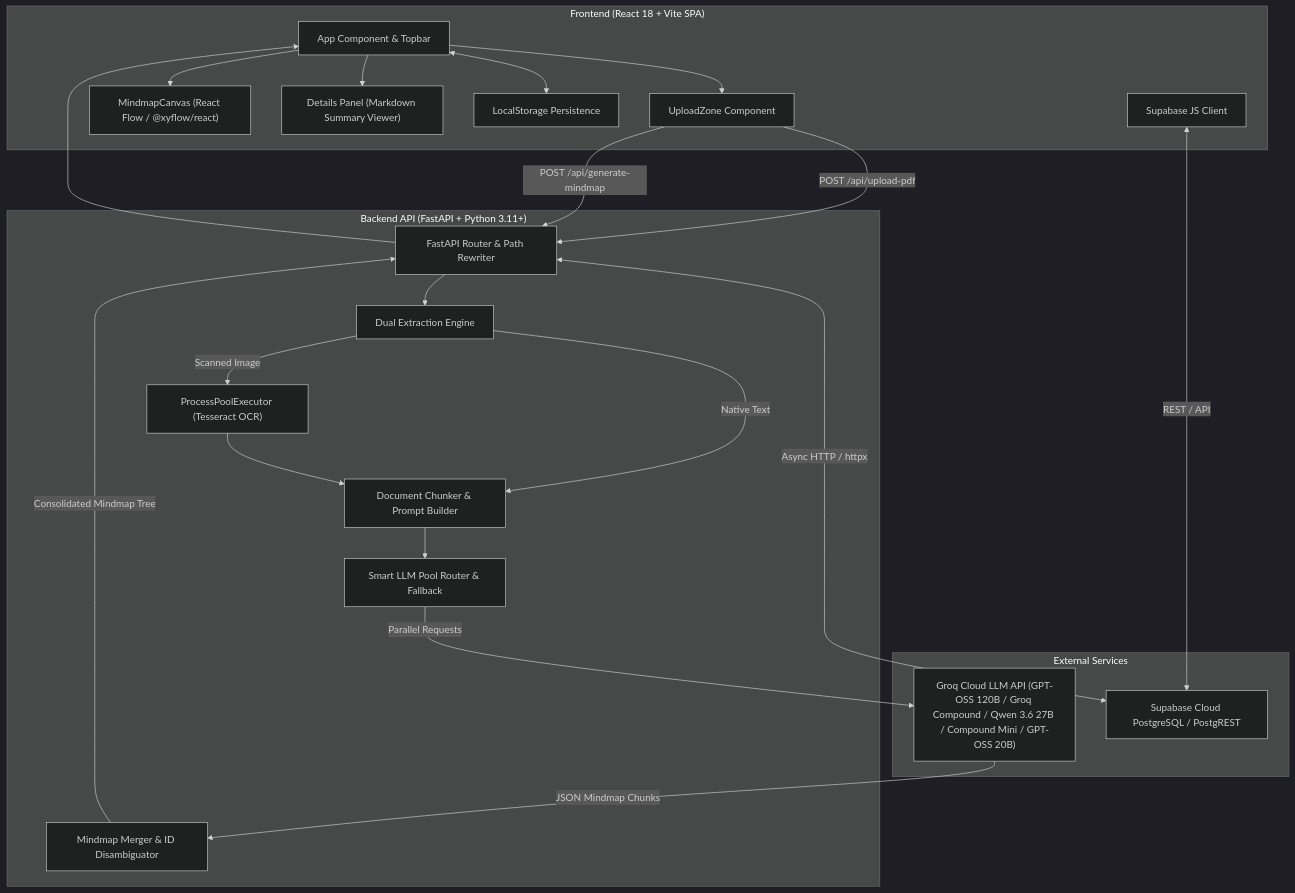
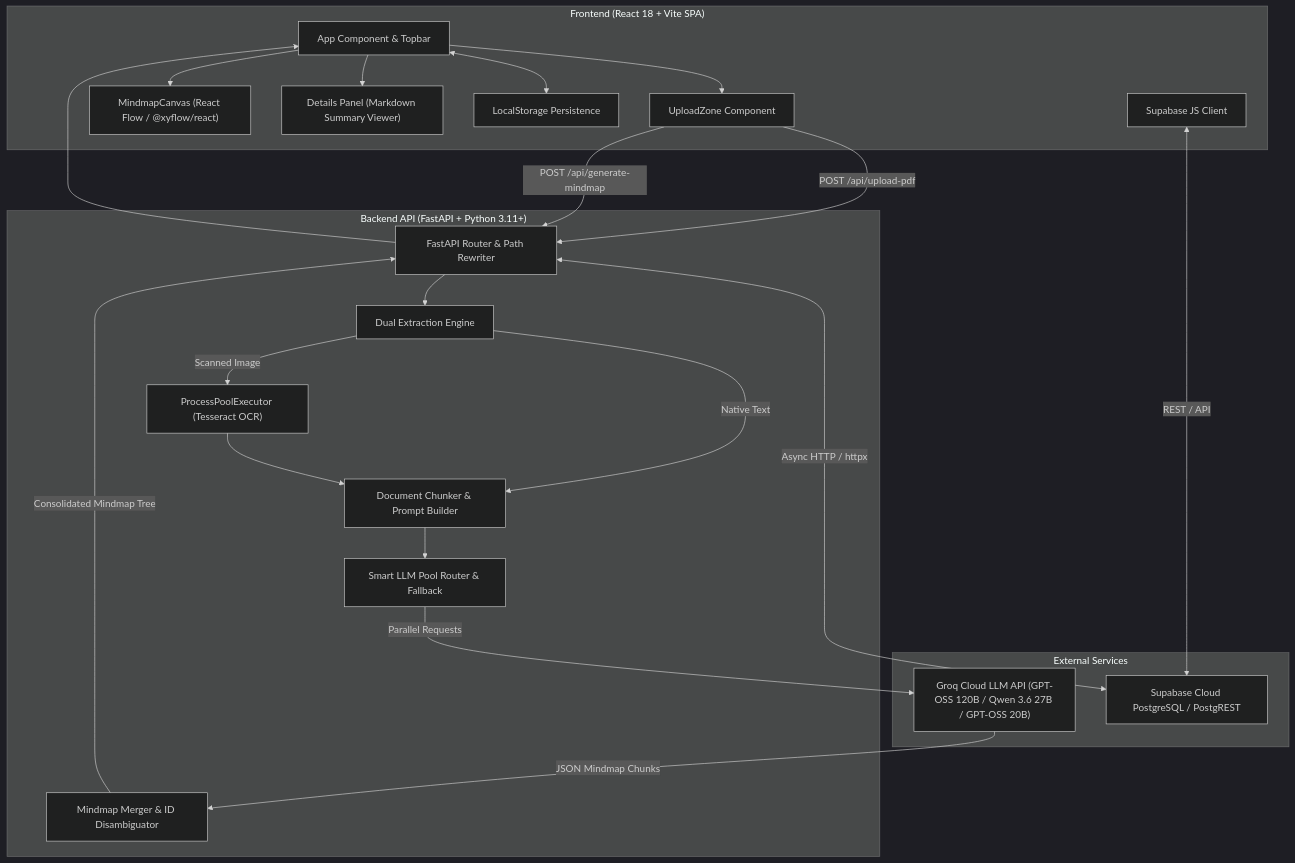
Before and after one commit to Arjundevjha/pdf-to-mindmap: the first of 2 diagrams in ARCHITECTURE.md, drawn with Mermaid (dark theme). The commit also changed other lines of this file and 4 other files, not shown here.

Commit message:
feat(models): decommission Groq Compound and migrate to active GPT-OSS/Qwen model suite

````diff
--- a/ARCHITECTURE.md
+++ b/ARCHITECTURE.md
@@ -19,44 +19,44 @@
 ```mermaid
 graph TD
     subgraph Client ["Frontend (React 18 + Vite SPA)"]
         UI["App Component & Topbar"]
         Upload["UploadZone Component"]
         Canvas["MindmapCanvas (React Flow / @xyflow/react)"]
         Details["Details Panel (Markdown Summary Viewer)"]
         LocalStore["LocalStorage Persistence"]
         SupaSDK["Supabase JS Client"]
     end
 
     subgraph Backend ["Backend API (FastAPI + Python 3.11+)"]
         Router["FastAPI Router & Path Rewriter"]
         PDFEngine["Dual Extraction Engine"]
         OCRWorker["ProcessPoolExecutor (Tesseract OCR)"]
         Chunker["Document Chunker & Prompt Builder"]
         LLMRouter["Smart LLM Pool Router & Fallback"]
         Merger["Mindmap Merger & ID Disambiguator"]
     end
 
     subgraph External ["External Services"]
-        Groq["Groq Cloud LLM API (GPT-OSS 120B / Groq Compound / Qwen 3.6 27B / Compound Mini / GPT-OSS 20B)"]
+        Groq["Groq Cloud LLM API (GPT-OSS 120B / Qwen 3.6 27B / GPT-OSS 20B)"]
         SupabaseDB["Supabase Cloud PostgreSQL / PostgREST"]
     end
 
     UI --> Upload
     UI --> Canvas
     UI --> Details
     Upload -->|POST /api/upload-pdf| Router
     Upload -->|POST /api/generate-mindmap| Router
     
     Router --> PDFEngine
     PDFEngine -->|Native Text| Chunker
     PDFEngine -->|Scanned Image| OCRWorker --> Chunker
     
     Chunker --> LLMRouter
     LLMRouter -->|Parallel Requests| Groq
     Groq -->|JSON Mindmap Chunks| Merger
     Merger -->|Consolidated Mindmap Tree| Router --> UI
 
     UI <--> LocalStore
     SupaSDK <-->|REST / API| SupabaseDB
     Router <-->|Async HTTP / httpx| SupabaseDB
 ```
````
